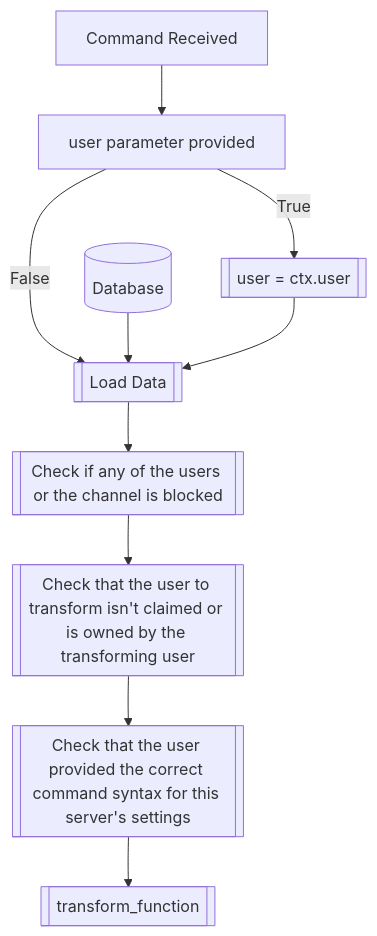
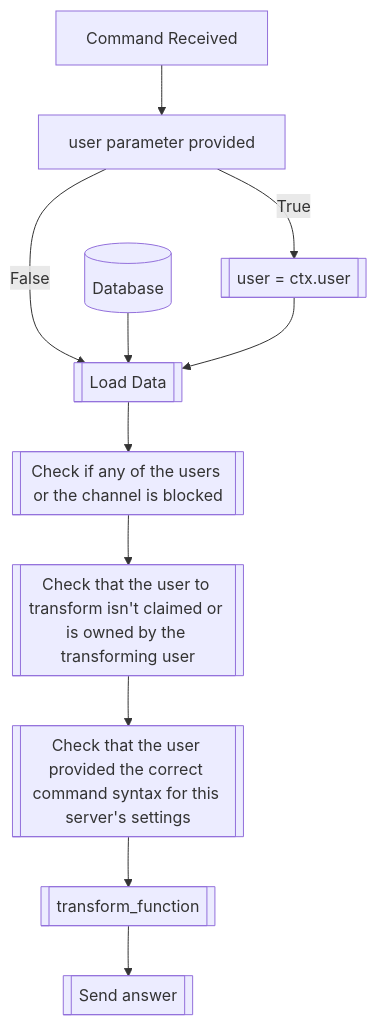
The first of 2 diagrams in docs/commands/transformation/transform.md (dorythecat/TransforMate), drawn with Mermaid before and after one commit. The commit also changed 5 other files, not shown here.

Commit message:
Fixed flowcharts and some typos

````diff
--- a/docs/commands/transformation/transform.md
+++ b/docs/commands/transformation/transform.md
@@ -48,12 +48,13 @@
 ```mermaid
 flowchart TD
     CommandReceived[Command Received] --> CheckUser[user parameter provided]
     CheckUser --> |False| LoadData[[Load Data]]
     CheckUser --> |True| AssignUser[[user = ctx.user]]
     Database[(Database)] --> LoadData
     AssignUser --> LoadData
     LoadData --> CheckBlocked[[Check if any of the users or the channel is blocked]]
     CheckBlocked --> CheckClaim[[Check that the user to transform isn't claimed or is owned by the transforming user]]
     CheckClaim --> CheckSyntax[[Check that the user provided the correct command syntax for this server's settings]]
     CheckSyntax --> TransformFunction[[transform_function]]
+    TransformFunction --> SendAnswer[[Send answer]]
 ```
````
